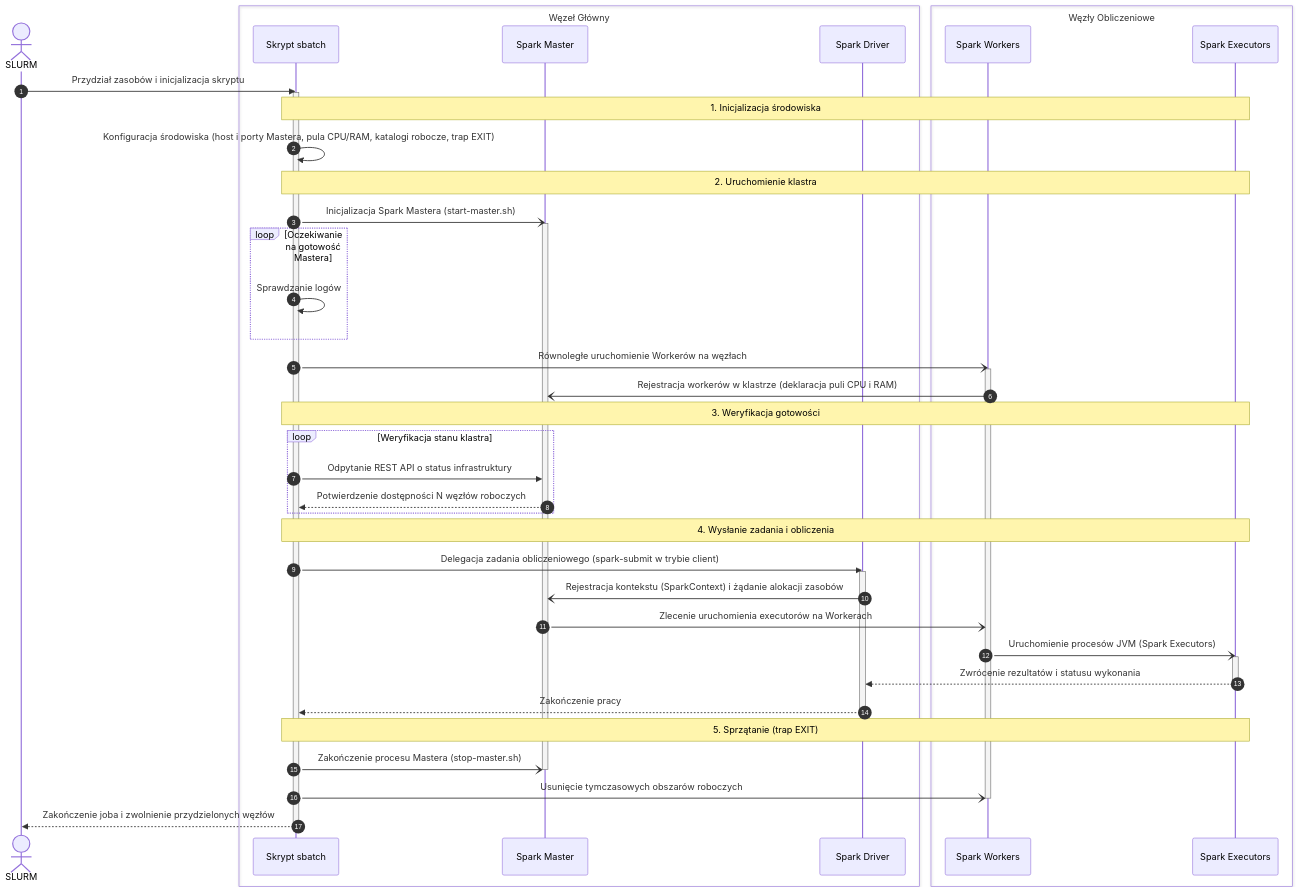
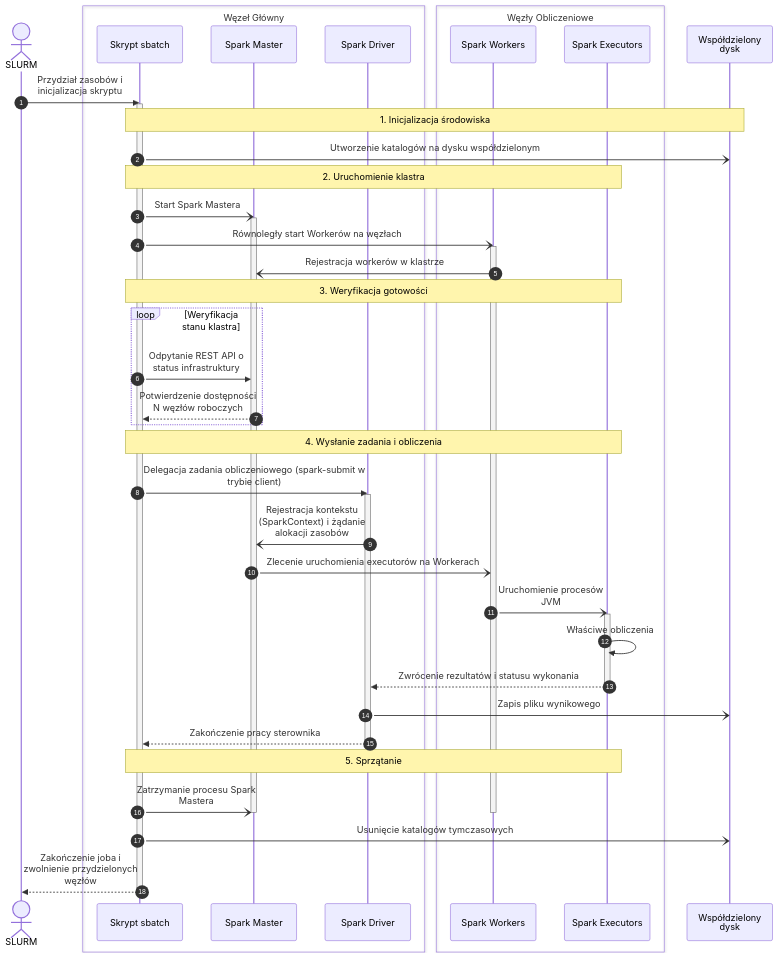
One commit to natix-x/clustering-algorithms-benchmark changed the third of 4 diagrams in README.md. Above: the diagram before and after it, drawn with Mermaid. The commit also changed other lines of this file and 4 other files, not shown here.

````diff
--- a/README.md
+++ b/README.md
@@ -166,57 +175,68 @@
 ```mermaid
+---
+config:
+  themeVariables:
+    fontSize: 20px
+  sequence:
+    actorFontSize: 20
+    messageFontSize: 20
+    noteFontSize: 20
+    wrap: true
+---
 sequenceDiagram
   autonumber
   actor SLURM as SLURM
 
-  box Węzeł Główny 
-    participant Script as Skrypt sbatch
+  box Węzeł Główny
+    participant Skrypt as Skrypt sbatch
     participant Master as Spark Master
     participant App as Spark Driver
   end
 
-  box Węzły Obliczeniowe 
+  box Węzły Obliczeniowe
     participant Workers as Spark Workers
     participant Executors as Spark Executors
   end
 
-  SLURM->>Script: Przydział zasobów i inicjalizacja skryptu
-  activate Script
-  Note over Script,Executors: 1. Inicjalizacja środowiska
-  Script->>Script: Konfiguracja środowiska (host i porty Mastera, pula CPU/RAM, katalogi robocze, trap EXIT)
+  participant Storage as Współdzielony dysk
 
-  Note over Script,Executors: 2. Uruchomienie klastra
-  Script-)Master: Inicjalizacja Spark Mastera (start-master.sh)
+  SLURM->>Skrypt: Przydział zasobów i inicjalizacja skryptu
+  activate Skrypt
+  Note over Skrypt,Storage: 1. Inicjalizacja środowiska
+  Skrypt-)Storage: Utworzenie katalogów na dysku współdzielonym 
+
+  Note over Skrypt,Executors: 2. Uruchomienie klastra
+  Skrypt-)Master: Start Spark Mastera 
   activate Master
-  loop Oczekiwanie na gotowość Mastera
-    Script->>Script: Sprawdzanie logów 
-  end
-  Script-)Workers: Równoległe uruchomienie Workerów na węzłach
+  Skrypt-)Workers: Równoległy start Workerów na węzłach
   activate Workers
-  Workers-)Master: Rejestracja workerów w klastrze (deklaracja puli CPU i RAM)
+  Workers-)Master: Rejestracja workerów w klastrze
 
-  Note over Script,Executors: 3. Weryfikacja gotowości
+  Note over Skrypt,Executors: 3. Weryfikacja gotowości
   loop Weryfikacja stanu klastra
-    Script->>Master: Odpytanie REST API o status infrastruktury
-    Master-->>Script: Potwierdzenie dostępności N węzłów roboczych
+    Skrypt->>Master: Odpytanie REST API o status infrastruktury
+    Master-->>Skrypt: Potwierdzenie dostępności N węzłów roboczych
   end
 
-  Note over Script,Executors: 4. Wysłanie zadania i obliczenia
-  Script->>App: Delegacja zadania obliczeniowego (spark-submit w trybie client)
+  Note over Skrypt,Executors: 4. Wysłanie zadania i obliczenia
+  Skrypt->>App: Delegacja zadania obliczeniowego (spark-submit w trybie client)
   activate App
   App-)Master: Rejestracja kontekstu (SparkContext) i żądanie alokacji zasobów
   Master-)Workers: Zlecenie uruchomienia executorów na Workerach
-  Workers-)Executors: Uruchomienie procesów JVM (Spark Executors)
+  Workers-)Executors: Uruchomienie procesów JVM
   activate Executors
+  Executors->>Executors: Właściwe obliczenia
   Executors-->>App: Zwrócenie rezultatów i statusu wykonania
   deactivate Executors
-  App-->>Script: Zakończenie pracy
+  App-)Storage: Zapis pliku wynikowego
+  App-->>Skrypt: Zakończenie pracy sterownika
   deactivate App
 
-  Note over Script,Executors: 5. Sprzątanie (trap EXIT)
-  Script-)Master: Zakończenie procesu Mastera (stop-master.sh)
+  Note over Skrypt,Executors: 5. Sprzątanie 
+  Skrypt-)Master: Zatrzymanie procesu Spark Mastera
   deactivate Master
-  Script-)Workers: Usunięcie tymczasowych obszarów roboczych
   deactivate Workers
-  Script-->>SLURM: Zakończenie joba i zwolnienie przydzielonych węzłów
-  deactivate Script
+  Skrypt-)Storage: Usunięcie katalogów tymczasowych
+  Skrypt-->>SLURM: Zakończenie joba i zwolnienie przydzielonych węzłów
+  deactivate Skrypt
 ```
````
